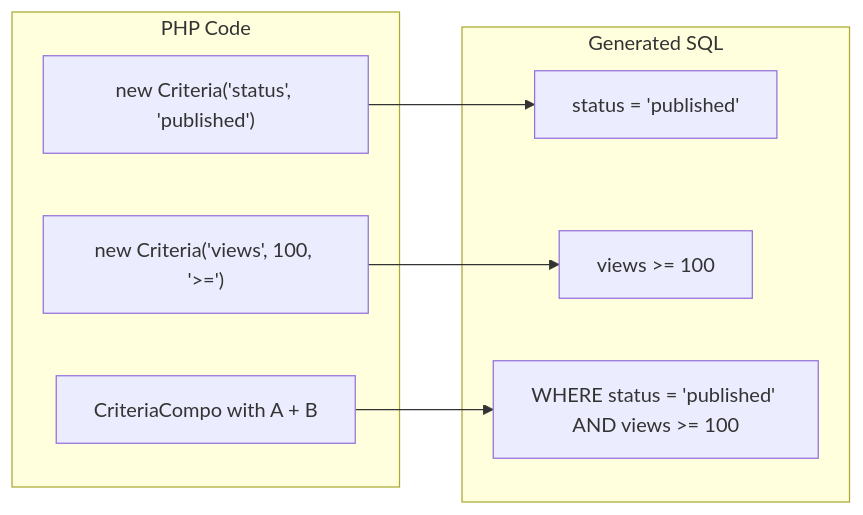
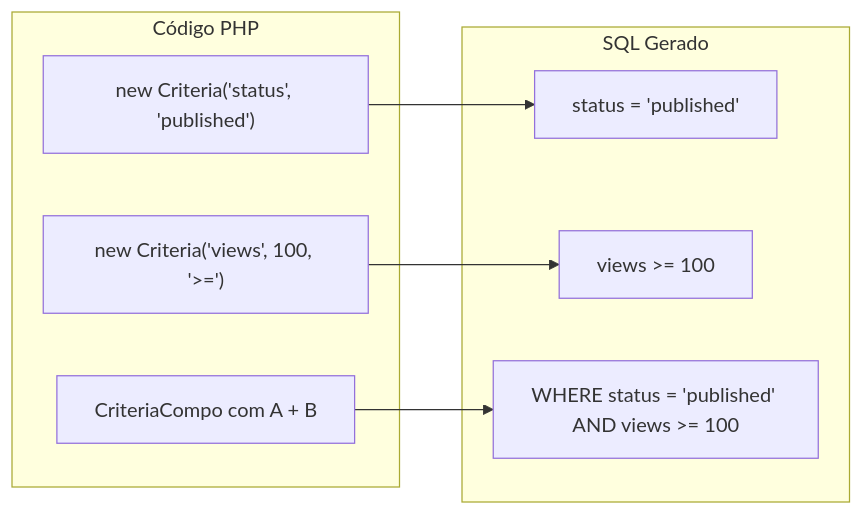
One commit to mambax7/xoops-docs changed the third of 4 diagrams in apps/docs-27/src/content/docs/pt/api-reference/kernel/criteria.md. Above: the diagram before and after it, drawn with Mermaid. The commit also changed other lines of this file and 162 other files, not shown here.

````diff
--- a/apps/docs-27/src/content/docs/pt/api-reference/kernel/criteria.md
+++ b/apps/docs-27/src/content/docs/pt/api-reference/kernel/criteria.md
@@ -273,18 +273,18 @@
 ```mermaid
 graph LR
-    subgraph "PHP Code"
+    subgraph "Código PHP"
         A["new Criteria('status', 'published')"]
         B["new Criteria('views', 100, '>=')"]
-        C["CriteriaCompo with A + B"]
+        C["CriteriaCompo com A + B"]
     end
 
-    subgraph "Generated SQL"
+    subgraph "SQL Gerado"
         D["status = 'published'"]
         E["views >= 100"]
         F["WHERE status = 'published' AND views >= 100"]
     end
 
     A --> D
     B --> E
     C --> F
 ```
````
